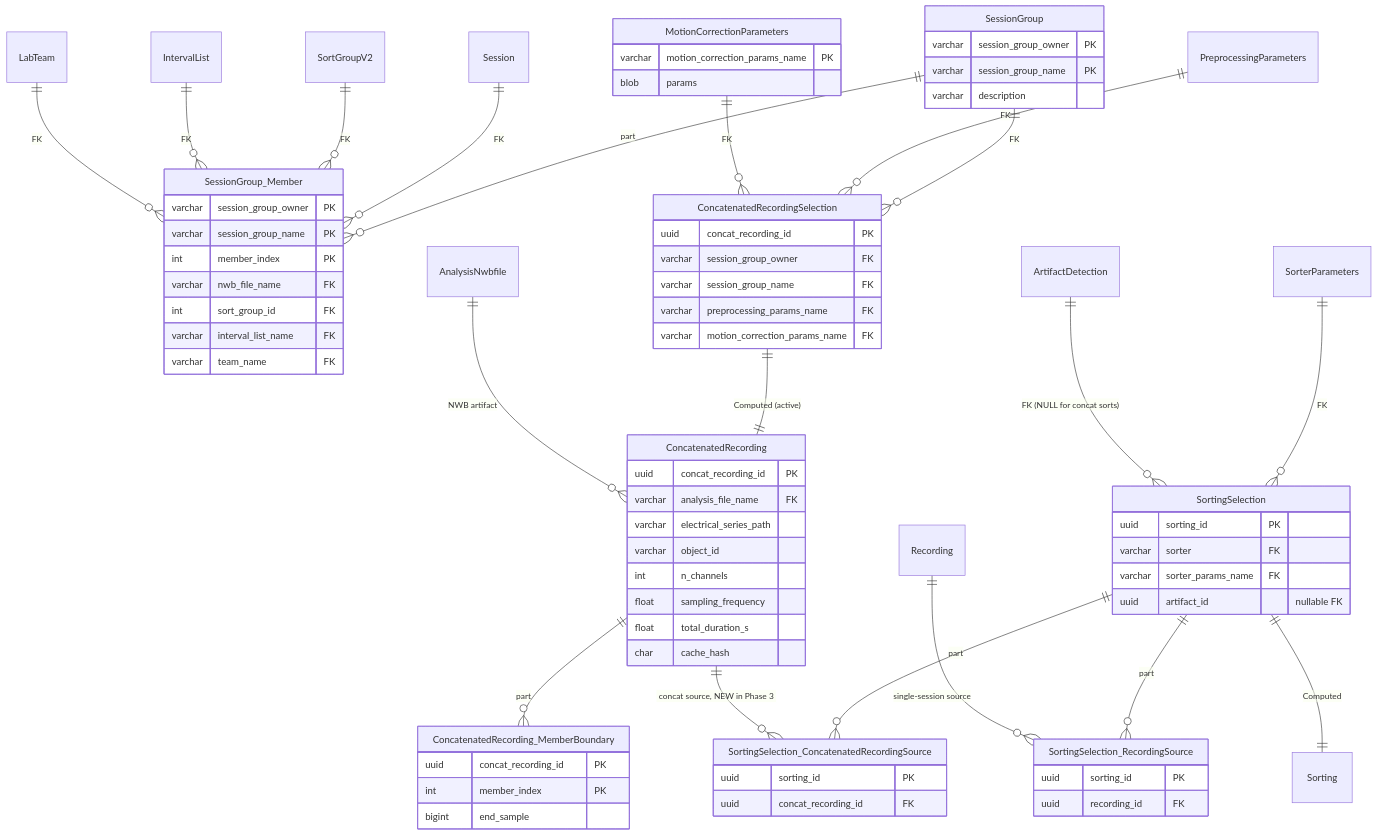
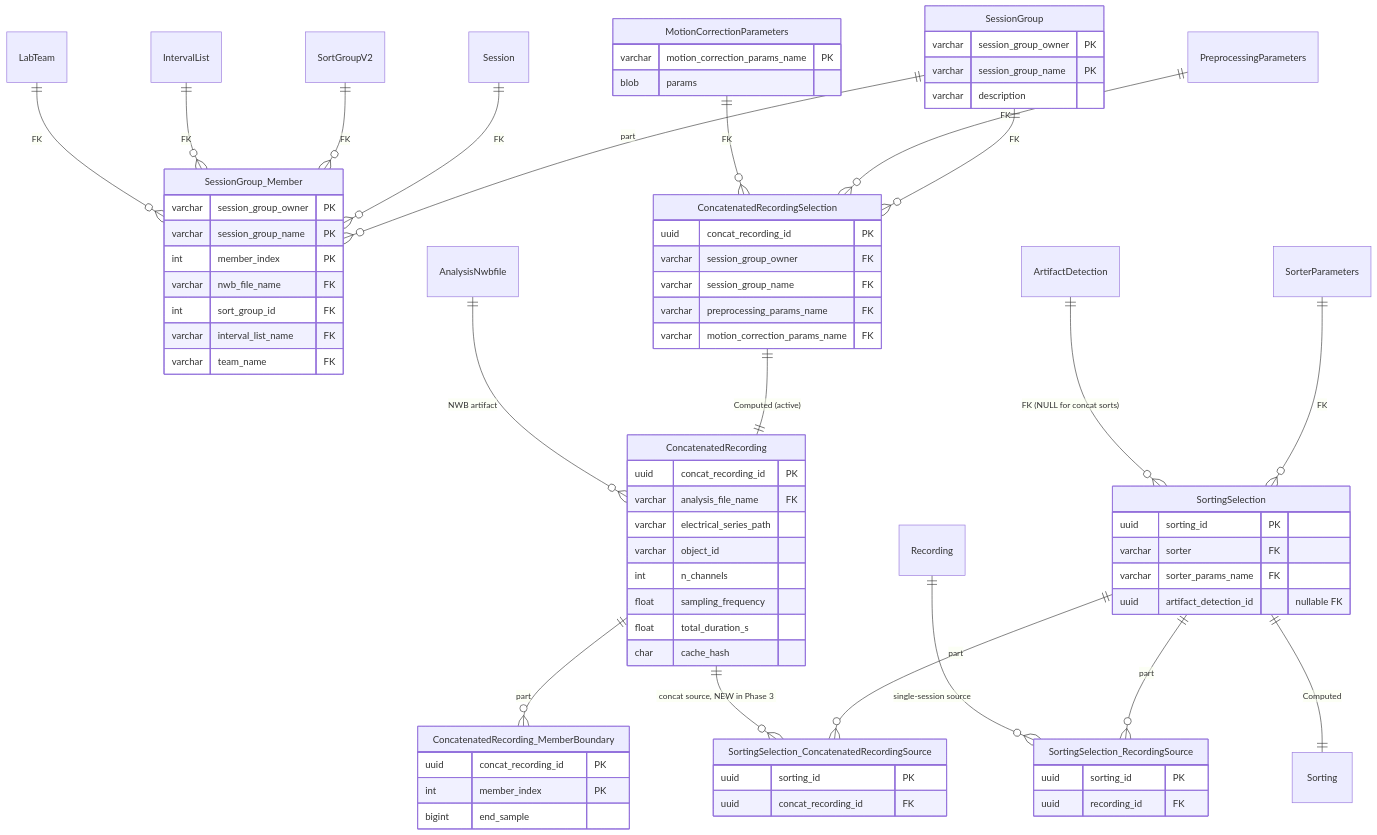
One commit to LorenFrankLab/spyglass changed the first of 2 diagrams in .claude/docs/plans/spikesorting-v2/diagrams/03-phase-3.md. Above: the diagram before and after it, drawn with Mermaid. The commit also changed other lines of this file and 27 other files, not shown here.

First line of the commit message:
docs(spikesorting v2): reconcile plan docs with artifact_detection rename

````diff
--- a/.claude/docs/plans/spikesorting-v2/diagrams/03-phase-3.md
+++ b/.claude/docs/plans/spikesorting-v2/diagrams/03-phase-3.md
@@ -17,81 +17,81 @@
 ```mermaid
 erDiagram
     %% ===== From Phase 1 =====
 
     %% ===== Schema declared Phase 1, ACTIVATED Phase 3 =====
     SessionGroup {
         varchar session_group_owner PK
         varchar session_group_name PK
         varchar description
     }
     SessionGroup_Member {
         varchar session_group_owner PK
         varchar session_group_name PK
         int member_index PK
         varchar nwb_file_name FK
         int sort_group_id FK
         varchar interval_list_name FK
         varchar team_name FK
     }
     MotionCorrectionParameters {
         varchar motion_correction_params_name PK
         blob params
     }
     ConcatenatedRecordingSelection {
         uuid concat_recording_id PK
         varchar session_group_owner FK
         varchar session_group_name FK
         varchar preprocessing_params_name FK
         varchar motion_correction_params_name FK
     }
     ConcatenatedRecording {
         uuid concat_recording_id PK
         varchar analysis_file_name FK
         varchar electrical_series_path
         varchar object_id
         int n_channels
         float sampling_frequency
         float total_duration_s
         char cache_hash
     }
     ConcatenatedRecording_MemberBoundary {
         uuid concat_recording_id PK
         int member_index PK
         bigint end_sample
     }
     SortingSelection {
         uuid sorting_id PK
         varchar sorter FK
         varchar sorter_params_name FK
-        uuid artifact_id "nullable FK"
+        uuid artifact_detection_id "nullable FK"
     }
     SortingSelection_RecordingSource {
         uuid sorting_id PK
         uuid recording_id FK
     }
     SortingSelection_ConcatenatedRecordingSource {
         uuid sorting_id PK
         uuid concat_recording_id FK
     }
 
     SessionGroup ||--o{ SessionGroup_Member : "part"
     Session ||--o{ SessionGroup_Member : "FK"
     SortGroupV2 ||--o{ SessionGroup_Member : "FK"
     IntervalList ||--o{ SessionGroup_Member : "FK"
     LabTeam ||--o{ SessionGroup_Member : "FK"
     SessionGroup ||--o{ ConcatenatedRecordingSelection : "FK"
     PreprocessingParameters ||--o{ ConcatenatedRecordingSelection : "FK"
     MotionCorrectionParameters ||--o{ ConcatenatedRecordingSelection : "FK"
     ConcatenatedRecordingSelection ||--|| ConcatenatedRecording : "Computed (active)"
     ConcatenatedRecording ||--o{ ConcatenatedRecording_MemberBoundary : "part"
     AnalysisNwbfile ||--o{ ConcatenatedRecording : "NWB artifact"
 
     %% ===== The concat source part is now accepted =====
     SortingSelection ||--o{ SortingSelection_RecordingSource : "part"
     SortingSelection ||--o{ SortingSelection_ConcatenatedRecordingSource : "part"
     Recording ||--o{ SortingSelection_RecordingSource : "single-session source"
     ConcatenatedRecording ||--o{ SortingSelection_ConcatenatedRecordingSource : "concat source, NEW in Phase 3"
     SorterParameters ||--o{ SortingSelection : "FK"
     ArtifactDetection ||--o{ SortingSelection : "FK (NULL for concat sorts)"
     SortingSelection ||--|| Sorting : "Computed"
 ```
````
